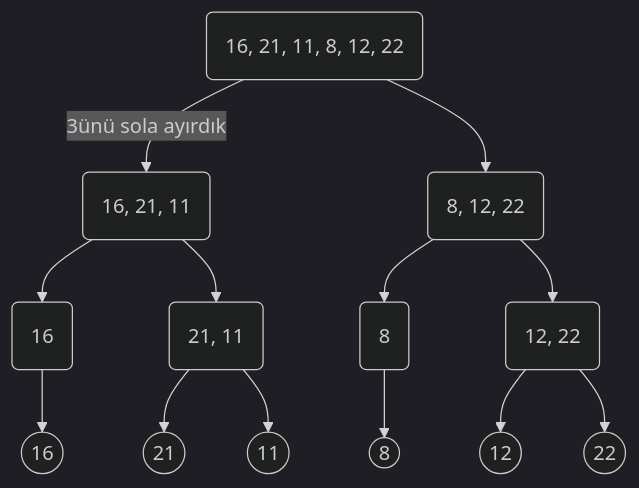
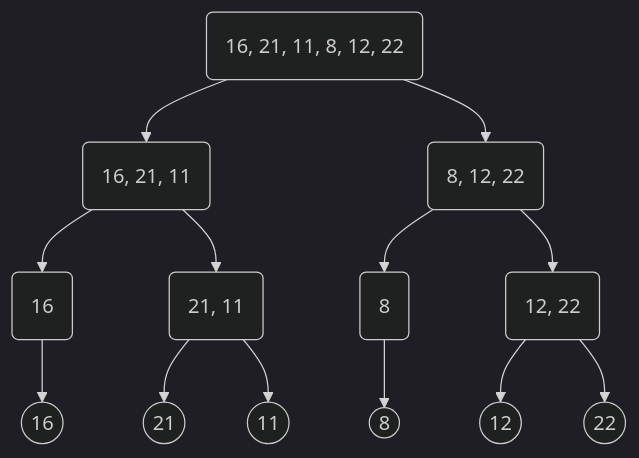
Before and after one commit to dmrdvn/Veri-Yapilari-Challange: the first of 2 diagrams in challange2.md, drawn with Mermaid (dark theme). The commit also changed other lines of this file, not shown here.

Commit message:
Updated diagrams

````diff
--- a/challange2.md
+++ b/challange2.md
@@ -63,21 +63,21 @@
 ```mermaid
 graph TD;
-    A(16, 21, 11, 8, 12, 22) -- 3ünü sola ayırdık -->B;
+    A(16, 21, 11, 8, 12, 22) -->B;
     A-->C;
     B(16, 21, 11)-->D;
     B-->E;
     D(16)-->H;
     E(21, 11)-->I;
     E-->J;
     C(8, 12, 22)-->F;
     C-->G;
     F(8)-->K;
     G-->L;
     G(12, 22)-->M;
     H((16));
     I((21));
     J((11));
     K((8));
     L((12));
     M((22));
  ```
````
